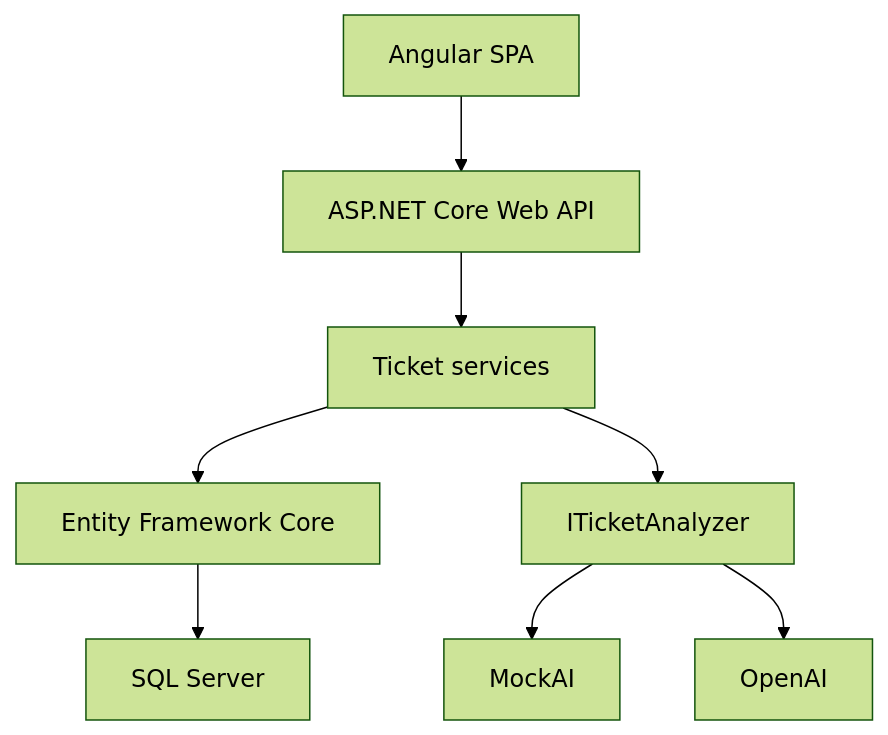
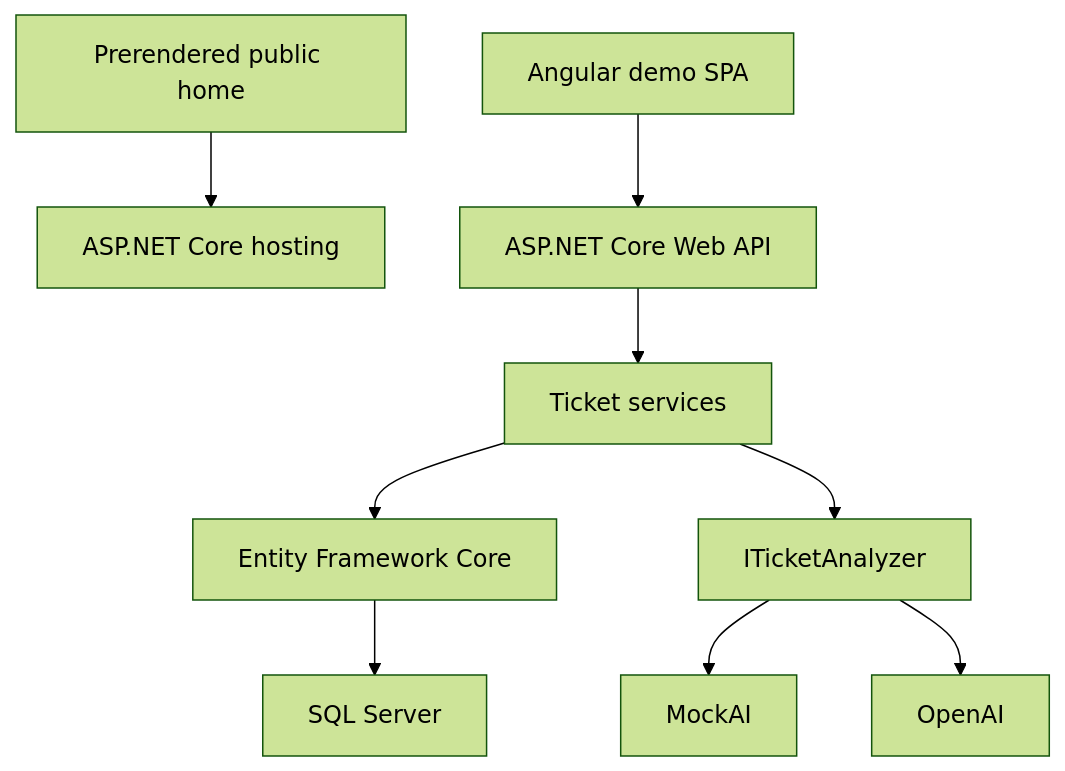
The diagram in README.md (amplimax/resolve-desk-ai), drawn with Mermaid (forest theme) before and after one commit. The commit also changed other lines of this file and 49 other files, not shown here.

Commit message:
Separate public presentation from demo and fix search indexing

````diff
--- a/README.md
+++ b/README.md
@@ -46,10 +50,11 @@
 ```mermaid
 flowchart TD
-    UI["Angular SPA"] --> API["ASP.NET Core Web API"]
+    HOME["Prerendered public home"] --> WEB["ASP.NET Core hosting"]
+    UI["Angular demo SPA"] --> API["ASP.NET Core Web API"]
     API --> TS["Ticket services"]
     TS --> EF["Entity Framework Core"]
     EF --> DB["SQL Server"]
     TS --> AI["ITicketAnalyzer"]
     AI --> MOCK["MockAI"]
     AI --> OPENAI["OpenAI"]
 ```
````
